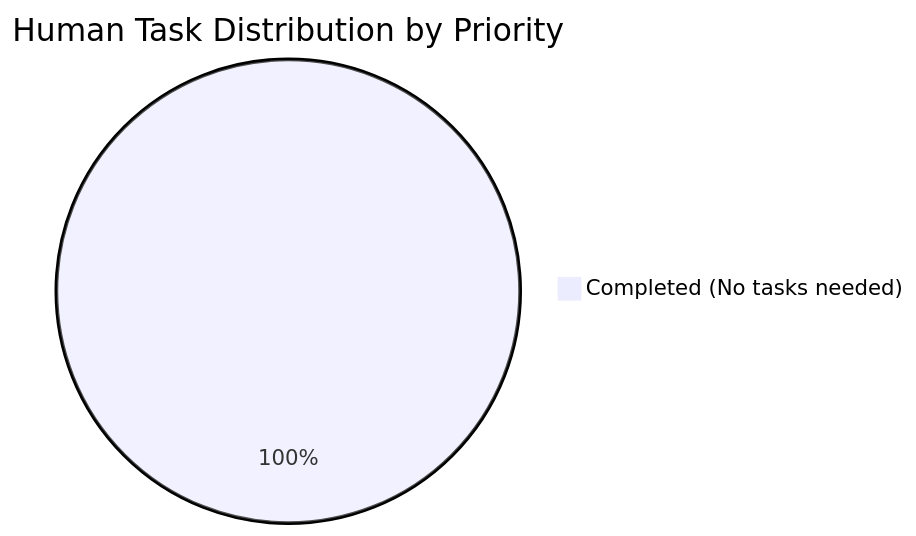
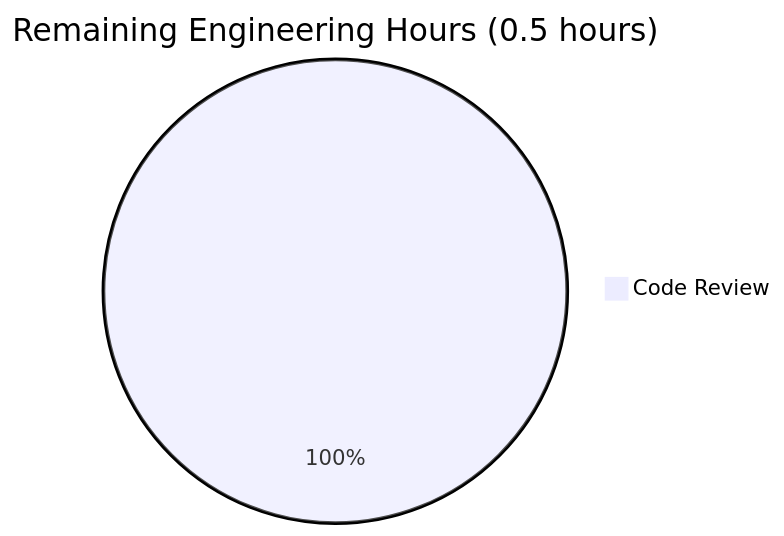
The second of 3 diagrams in blitzy/documentation/Project Guide.md (prasad-blitzy/quick-repo-4), drawn with Mermaid before and after one commit. The commit also changed other lines of this file, not shown here.

Commit message:
Adding Blitzy Project Guide: Project Status and Human Tasks Remaining

````diff
--- a/blitzy/documentation/Project Guide.md
+++ b/blitzy/documentation/Project Guide.md
@@ -188,4 +86,4 @@
 ```mermaid
-pie title Human Task Distribution by Priority
-    "Completed (No tasks needed)" : 1.0
+pie title Remaining Engineering Hours (0.5 hours)
+    "Code Review" : 0.5
 ```
````
